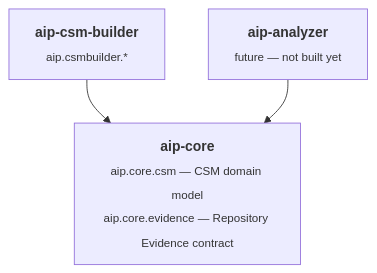
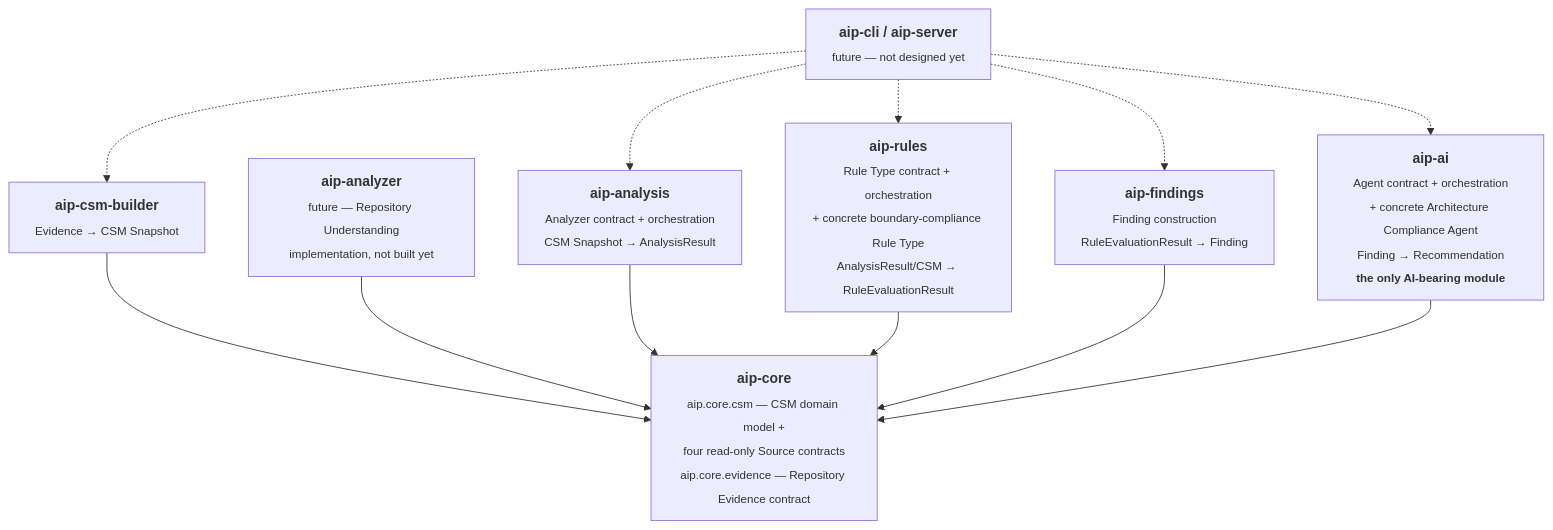
Before and after one commit to psrs12/aip: the second of 9 diagrams in docs/architecture.md, drawn with Mermaid. The commit also changed other lines of this file and 3 other files, not shown here.

````diff
--- a/docs/architecture.md
+++ b/docs/architecture.md
@@ -51,9 +69,23 @@
 ```mermaid
 graph TD
-    core["<b>aip-core</b><br/><sub>aip.core.csm — CSM domain model<br/>aip.core.evidence — Repository Evidence contract</sub>"]
-    csmbuilder["<b>aip-csm-builder</b><br/><sub>aip.csmbuilder.* </sub>"]
-    analyzer["<b>aip-analyzer</b><br/><sub>future — not built yet</sub>"]
+    core["<b>aip-core</b><br/><sub>aip.core.csm — CSM domain model +<br/>four read-only Source contracts<br/>aip.core.evidence — Repository Evidence contract</sub>"]
+    csmbuilder["<b>aip-csm-builder</b><br/><sub>Evidence → CSM Snapshot</sub>"]
+    analyzer["<b>aip-analyzer</b><br/><sub>future — Repository Understanding<br/>implementation, not built yet</sub>"]
+    analysis["<b>aip-analysis</b><br/><sub>Analyzer contract + orchestration<br/>CSM Snapshot → AnalysisResult</sub>"]
+    rules["<b>aip-rules</b><br/><sub>Rule Type contract + orchestration<br/>+ concrete boundary-compliance Rule Type<br/>AnalysisResult/CSM → RuleEvaluationResult</sub>"]
+    findings["<b>aip-findings</b><br/><sub>Finding construction<br/>RuleEvaluationResult → Finding</sub>"]
+    ai["<b>aip-ai</b><br/><sub>Agent contract + orchestration<br/>+ concrete Architecture Compliance Agent<br/>Finding → Recommendation<br/><b>the only AI-bearing module</b></sub>"]
+    cli["<b>aip-cli / aip-server</b><br/><sub>future — not designed yet</sub>"]
 
     csmbuilder --> core
     analyzer --> core
+    analysis --> core
+    rules --> core
+    findings --> core
+    ai --> core
+    cli -.-> csmbuilder
+    cli -.-> analysis
+    cli -.-> rules
+    cli -.-> findings
+    cli -.-> ai
 ```
````
